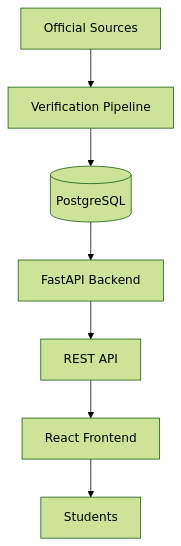
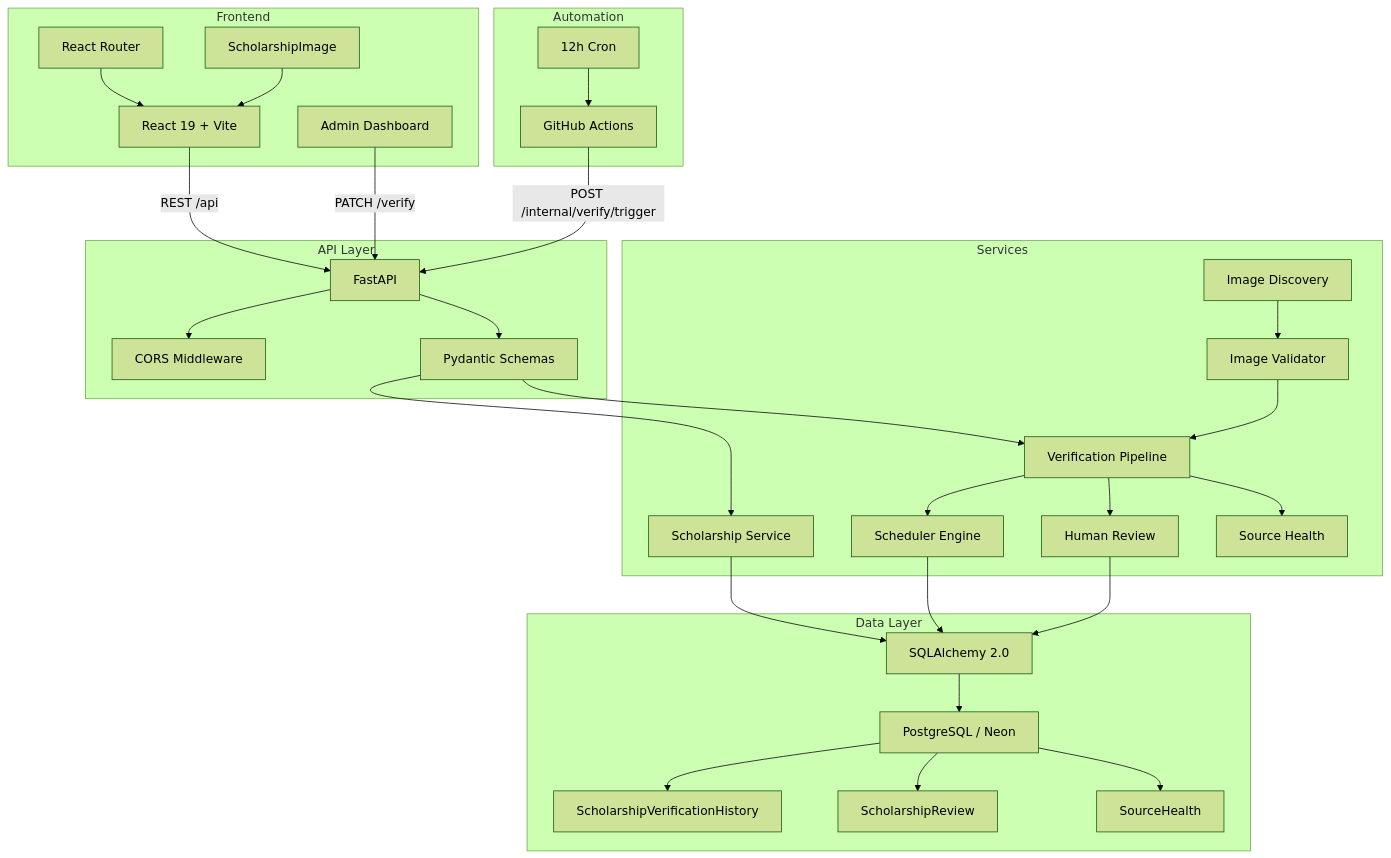
Before and after one commit to gopal735/ScholarZone: the second of 2 diagrams in README.md, drawn with Mermaid (forest theme). The commit also changed other lines of this file, not shown here.

````diff
--- a/README.md
+++ b/README.md
@@ -94,9 +167,61 @@
 ```mermaid
 graph TD
-    A[Official Sources] --> B[Verification Pipeline]
-    B --> C[(PostgreSQL)]
-    C --> D[FastAPI Backend]
-    D --> E[REST API]
-    E --> F[React Frontend]
-    F --> G[Students]
+    subgraph "Frontend"
+        A[React 19 + Vite]
+        B[React Router]
+        C[ScholarshipImage]
+        D[Admin Dashboard]
+    end
+
+    subgraph "API Layer"
+        E[FastAPI]
+        F[CORS Middleware]
+        G[Pydantic Schemas]
+    end
+
+    subgraph "Services"
+        H[Scholarship Service]
+        I[Verification Pipeline]
+        J[Image Discovery]
+        K[Image Validator]
+        L[Scheduler Engine]
+        M[Human Review]
+        N[Source Health]
+    end
+
+    subgraph "Data Layer"
+        O[PostgreSQL / Neon]
+        P[SQLAlchemy 2.0]
+        Q[ScholarshipVerificationHistory]
+        R[ScholarshipReview]
+        S[SourceHealth]
+    end
+
+    subgraph "Automation"
+        T[GitHub Actions]
+        U[12h Cron]
+    end
+
+    A -->|REST /api| E
+    B --> A
+    C --> A
+    D -->|PATCH /verify| E
+    E --> F
+    E --> G
+    G --> H
+    G --> I
+    H --> P
+    I --> L
+    I --> M
+    I --> N
+    J --> K
+    K --> I
+    L --> P
+    M --> P
+    P --> O
+    O --> Q
+    O --> R
+    O --> S
+    T -->|POST /internal/verify/trigger| E
+    U --> T
 ```
````
